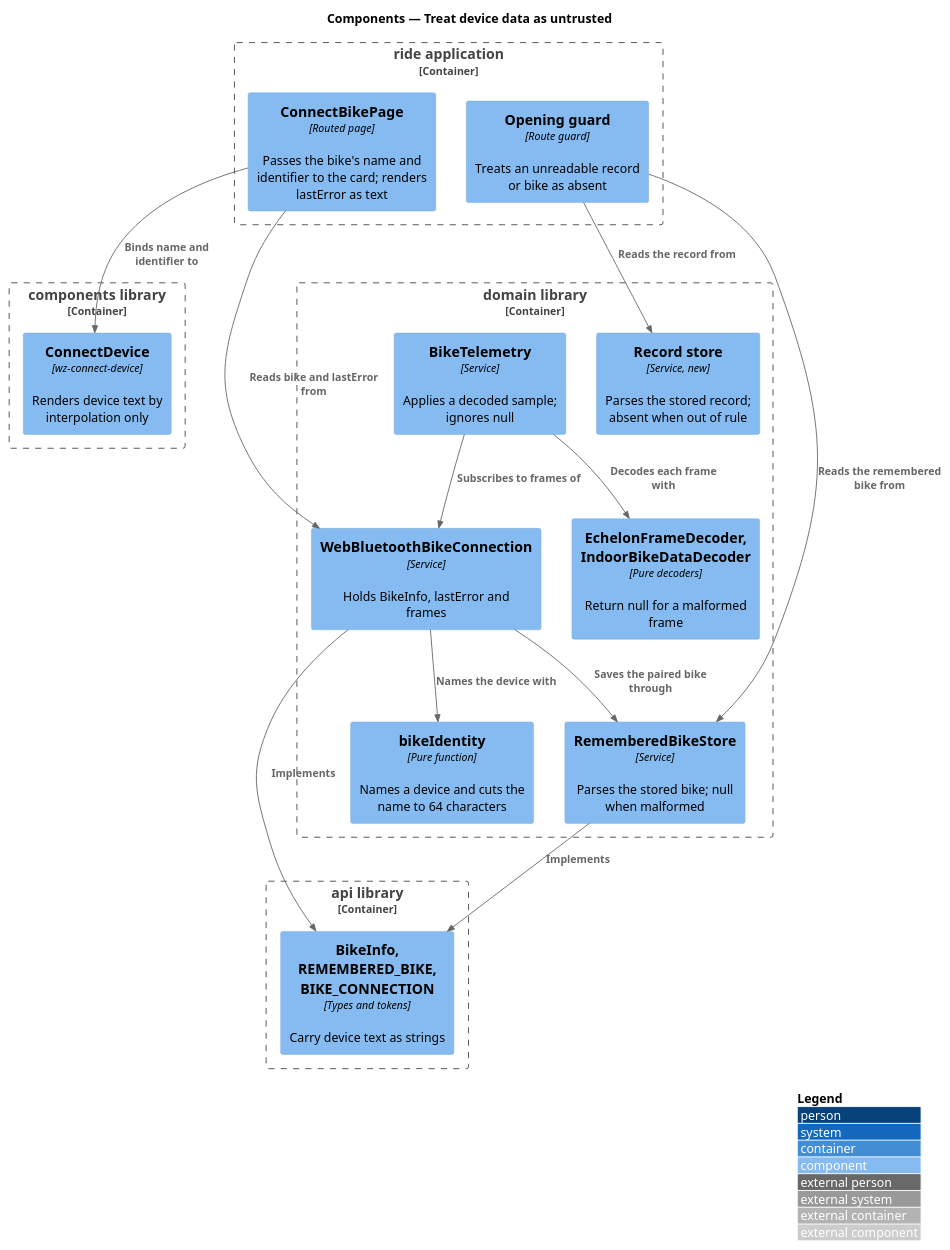
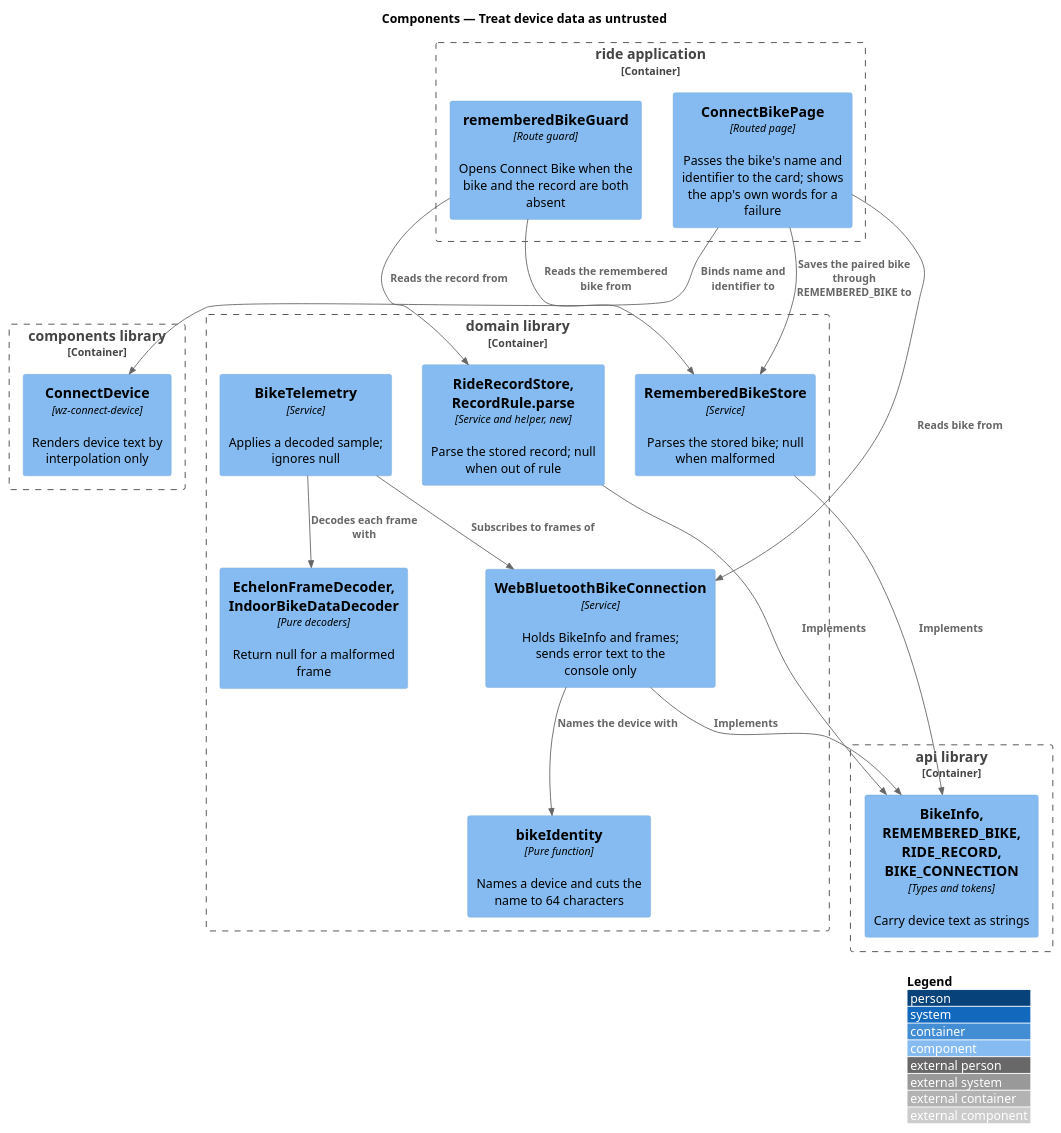
Before and after one commit to QuinntyneBrown/ride-one: the diagram in docs/detailed-designs/security/treat-device-data-as-untrusted/diagrams/c4-component.puml, drawn with PlantUML. The commit also changed 33 other files, not shown here.

```diff
--- a/docs/detailed-designs/security/treat-device-data-as-untrusted/diagrams/c4-component.puml
+++ b/docs/detailed-designs/security/treat-device-data-as-untrusted/diagrams/c4-component.puml
@@ -1,34 +1,35 @@
 @startuml
 !include <C4/C4_Component>
 LAYOUT_WITH_LEGEND()
 title Components — Treat device data as untrusted
 
 Container_Boundary(ride, "ride application") {
-  Component(page, "ConnectBikePage", "Routed page", "Passes the bike's name and identifier to the card; renders lastError as text")
-  Component(guard, "Opening guard", "Route guard", "Treats an unreadable record or bike as absent")
+  Component(page, "ConnectBikePage", "Routed page", "Passes the bike's name and identifier to the card; shows the app's own words for a failure")
+  Component(guard, "rememberedBikeGuard", "Route guard", "Opens Connect Bike when the bike and the record are both absent")
 }
 Container_Boundary(componentslib, "components library") {
   Component(card, "ConnectDevice", "wz-connect-device", "Renders device text by interpolation only")
 }
 Container_Boundary(domainlib, "domain library") {
   Component(identity, "bikeIdentity", "Pure function", "Names a device and cuts the name to 64 characters")
-  Component(conn, "WebBluetoothBikeConnection", "Service", "Holds BikeInfo, lastError and frames")
+  Component(conn, "WebBluetoothBikeConnection", "Service", "Holds BikeInfo and frames; sends error text to the console only")
   Component(bikeStore, "RememberedBikeStore", "Service", "Parses the stored bike; null when malformed")
-  Component(recordStore, "Record store", "Service, new", "Parses the stored record; absent when out of rule")
+  Component(recordStore, "RideRecordStore, RecordRule.parse", "Service and helper, new", "Parse the stored record; null when out of rule")
   Component(telemetry, "BikeTelemetry", "Service", "Applies a decoded sample; ignores null")
   Component(decoders, "EchelonFrameDecoder, IndoorBikeDataDecoder", "Pure decoders", "Return null for a malformed frame")
 }
 Container_Boundary(apilib, "api library") {
-  Component(contracts, "BikeInfo, REMEMBERED_BIKE, BIKE_CONNECTION", "Types and tokens", "Carry device text as strings")
+  Component(contracts, "BikeInfo, REMEMBERED_BIKE, RIDE_RECORD, BIKE_CONNECTION", "Types and tokens", "Carry device text as strings")
 }
 Rel(page, card, "Binds name and identifier to")
-Rel(page, conn, "Reads bike and lastError from")
+Rel(page, conn, "Reads bike from")
 Rel(conn, identity, "Names the device with")
-Rel(conn, bikeStore, "Saves the paired bike through")
+Rel(page, bikeStore, "Saves the paired bike through REMEMBERED_BIKE to")
 Rel(guard, bikeStore, "Reads the remembered bike from")
 Rel(guard, recordStore, "Reads the record from")
 Rel(telemetry, conn, "Subscribes to frames of")
 Rel(telemetry, decoders, "Decodes each frame with")
 Rel(conn, contracts, "Implements")
 Rel(bikeStore, contracts, "Implements")
+Rel(recordStore, contracts, "Implements")
 @enduml
```
